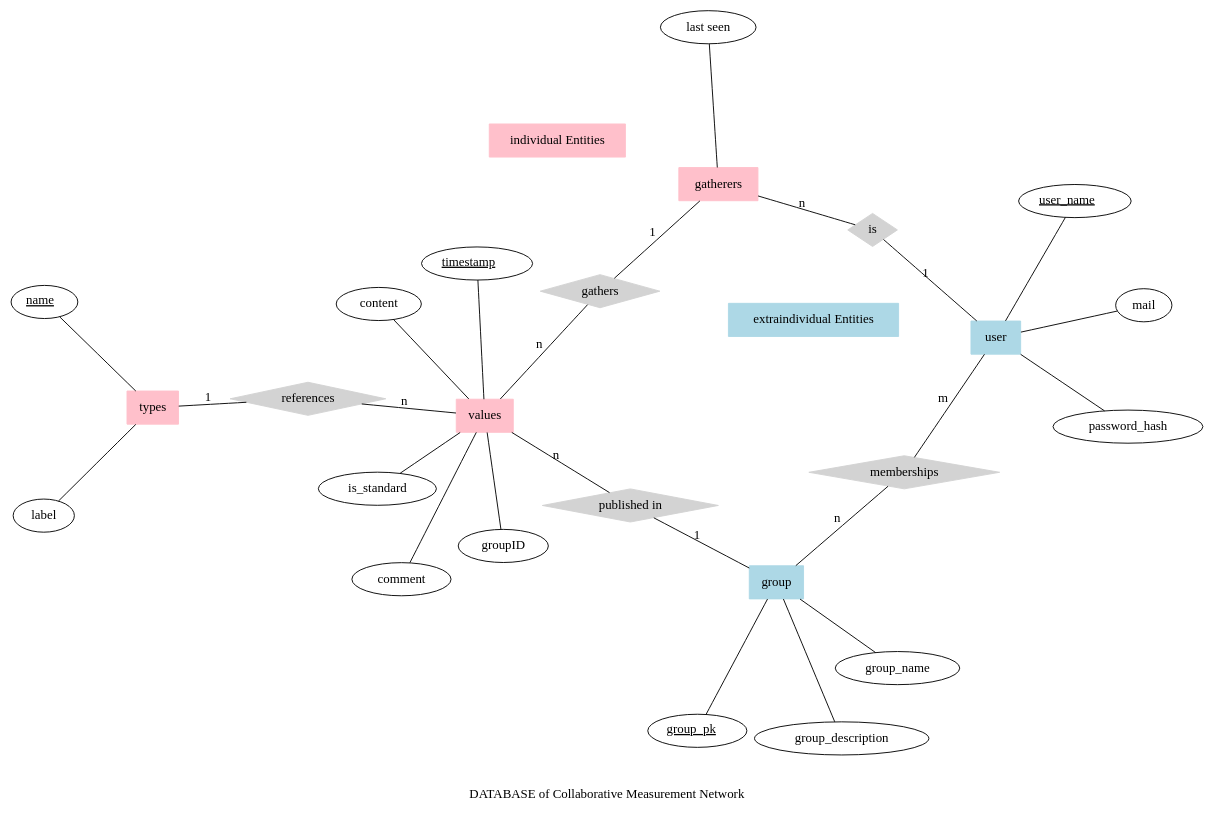
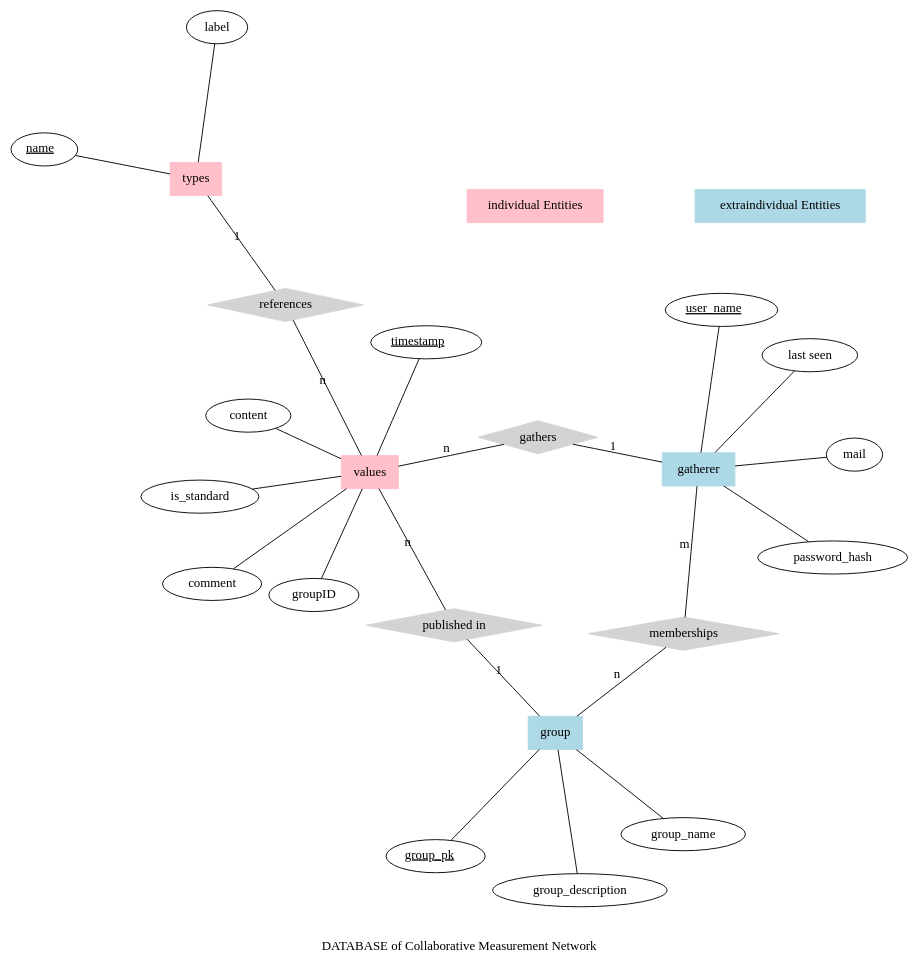
One commit to gruener-campus-malchow/colamator changed the diagram in doc/erm.dot. Above: the diagram before and after it, drawn with Graphviz. The commit also changed 1 other file, not shown here.

Commit message:
new entities in ERM

```diff
--- a/doc/erm.dot
+++ b/doc/erm.dot
@@ -1,64 +1,62 @@
 graph ER {
 
     layout = neato;
     overlap = false;
     
     
     //individual attributes    
     node [shape=ellipse] { name0; label; comment; content; timestamp; status; is_standard; groupID;}
     //extraindividual attributes
     node [shape=ellipse]{  groupPK; group_name; group_description; user_name; password_hash; mail;}
     //relationships
-    node [shape=diamond,style=filled,color=lightgrey] {"references"; "gathers"; "is"; "memberships"; "published in"} 
+    node [shape=diamond,style=filled,color=lightgrey] {"references"; "gathers"; "memberships"; "published in"} 
     //extraindividual entities
     node [shape=box, color=lightblue] {"group"; user; "extraindividual Entities"}
     // individual Entities
-    node [shape=box color=pink]{ types; values; gatherers; "individual Entities"};
+    node [shape=box color=pink]{ types; values; "individual Entities"};
     
     user_name [label=<<u>user_name</u>>];
     groupPK  [label=<<u>group_pk</u>>];
     
     name0 -- types;
     label -- types;
     name0 [label=<<u>name</u>>];
     
+    user [label = "gatherer"]
     
     content -- values;
     is_standard -- values;
     timestamp -- values;
     comment -- values;
     
     timestamp [label=<<u>timestamp</u>>];
     
-    status -- gatherers;
+    status -- user;
     
     status [label="last seen"];
     groupID -- values;
     
     types -- "references" [label="1",len=1.00];
     values -- "references" [label="n",len=1.00];
     
-    gatherers -- "gathers" [label="1",len=1.00];
+    user -- "gathers" [label="1",len=1.00];
     values -- "gathers" [label="n",len=1.00];
     
     "group" -- groupPK;
     "group" -- group_name;
     "group" -- group_description;
     
     user -- password_hash; 
     user -- mail;
     user -- user_name;
-    
-    is -- user [label="1",len=1.00];
-    is -- gatherers [label="n",len=1.00];
     
     memberships -- group [label="n",len=1.00];
     memberships -- user [label="m",len=1.00];
     
     "published in" -- values [label="n",len=1.00];
     "published in" -- group [label="1",len=1.00];
     
     label = "\n\nDATABASE of Collaborative Measurement Network";
     
     fontsize=14;
 }
```
